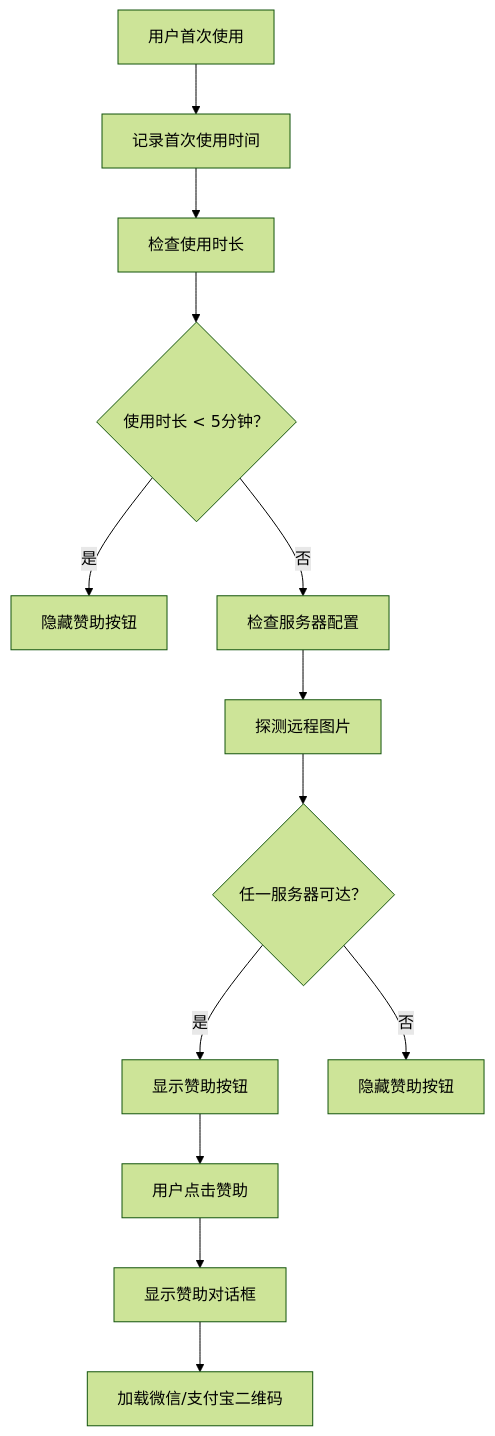
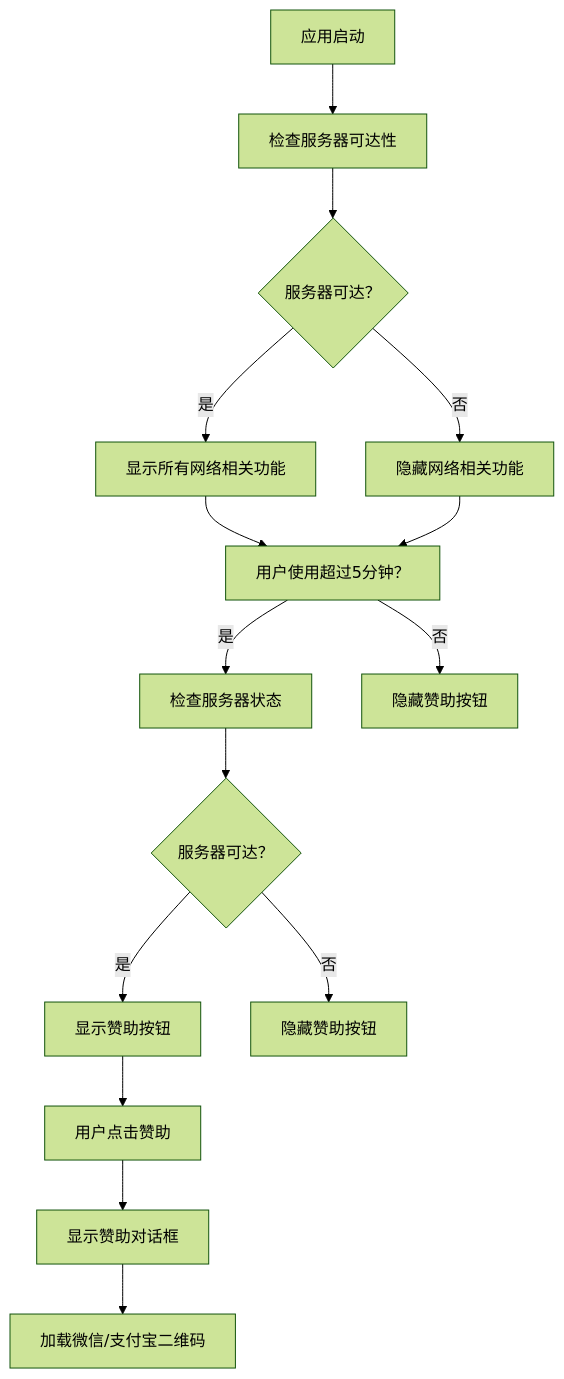
One commit to zhao-zg/cx changed the fifth of 13 diagrams in .qoder/repowiki/zh/content/高级功能/前端功能.md. Above: the diagram before and after it, drawn with Mermaid (forest theme). The commit also changed other lines of this file and 29 other files, not shown here.

````diff
--- a/.qoder/repowiki/zh/content/高级功能/前端功能.md
+++ b/.qoder/repowiki/zh/content/高级功能/前端功能.md
@@ -279,15 +289,17 @@
 ```mermaid
 flowchart TD
-A["用户首次使用"] --> B["记录首次使用时间"]
-B --> C["检查使用时长"]
-C --> D{"使用时长 < 5分钟？"}
-D --> |是| E["隐藏赞助按钮"]
-D --> |否| F["检查服务器配置"]
-F --> G["探测远程图片"]
-G --> H{"任一服务器可达？"}
+A["应用启动"] --> B["检查服务器可达性"]
+B --> C{"服务器可达？"}
+C --> |是| D["显示所有网络相关功能"]
+C --> |否| E["隐藏网络相关功能"]
+D --> F["用户使用超过5分钟？"]
+E --> F
+F --> |是| G["检查服务器状态"]
+G --> H{"服务器可达？"}
 H --> |是| I["显示赞助按钮"]
 H --> |否| J["隐藏赞助按钮"]
-I --> K["用户点击赞助"]
-K --> L["显示赞助对话框"]
-L --> M["加载微信/支付宝二维码"]
+F --> |否| K["隐藏赞助按钮"]
+I --> L["用户点击赞助"]
+L --> M["显示赞助对话框"]
+M --> N["加载微信/支付宝二维码"]
 ```
````
